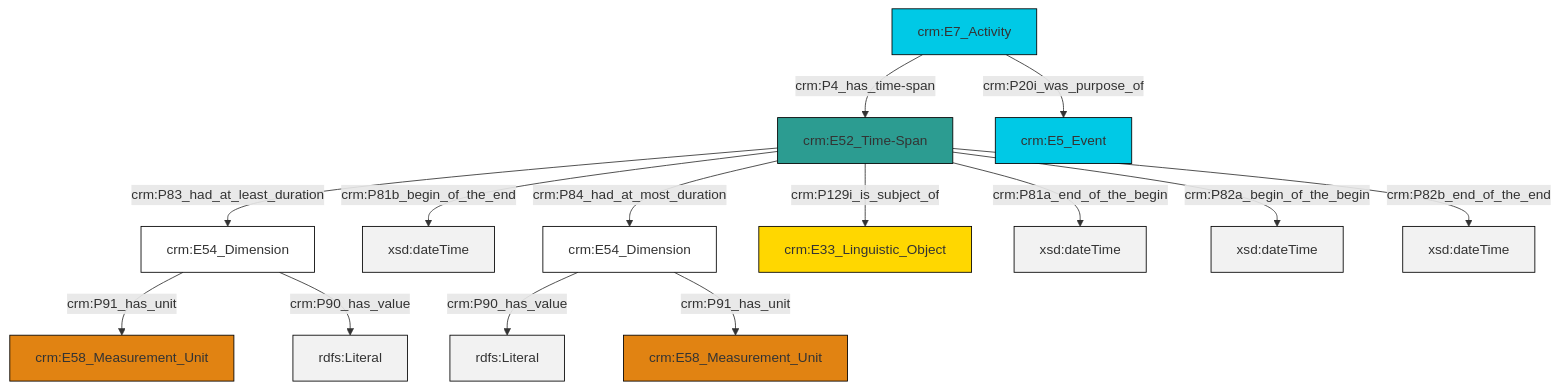
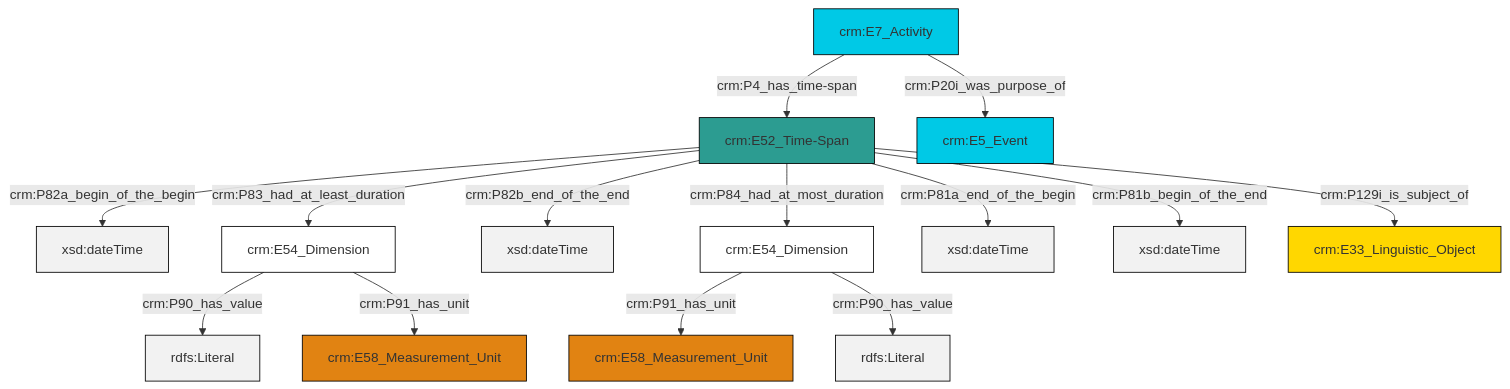
One commit to swiss-art-research-net/docs.swissartresearch changed the diagram in et/eventCSV/ttl/mmd/event_existence.ttl.mmd. Above: the diagram before and after it, drawn with Mermaid. The commit also changed 177 other files, not shown here.

```diff
--- a/et/eventCSV/ttl/mmd/event_existence.ttl.mmd
+++ b/et/eventCSV/ttl/mmd/event_existence.ttl.mmd
@@ -1,28 +1,28 @@
 graph TD
 classDef Literal fill:#f2f2f2,stroke:#000000;
 classDef CRM_Entity fill:#FFFFFF,stroke:#000000;
 classDef Temporal_Entity fill:#00C9E6, stroke:#000000;
 classDef Type fill:#E18312, stroke:#000000;
 classDef Time-Span fill:#2C9C91, stroke:#000000;
 classDef Appellation fill:#FFEB7F, stroke:#000000;
 classDef Place fill:#008836, stroke:#000000;
 classDef Persistent_Item fill:#B266B2, stroke:#000000;
 classDef Conceptual_Object fill:#FFD700, stroke:#000000;
 classDef Physical_Thing fill:#D2B48C, stroke:#000000;
 classDef Actor fill:#f58aad, stroke:#000000;
 classDef PC_Classes fill:#4ce600, stroke:#000000;
 classDef Multi fill:#cccccc,stroke:#000000;
 
-0["crm:E52_Time-Span"]:::Time-Span -->|crm:P83_had_at_least_duration| 1["crm:E54_Dimension"]:::CRM_Entity
-0["crm:E52_Time-Span"]:::Time-Span -->|crm:P81b_begin_of_the_end| 2[xsd:dateTime]:::Literal
-3["crm:E7_Activity"]:::Temporal_Entity -->|crm:P4_has_time-span| 0["crm:E52_Time-Span"]:::Time-Span
-4["crm:E54_Dimension"]:::CRM_Entity -->|crm:P90_has_value| 5[rdfs:Literal]:::Literal
-1["crm:E54_Dimension"]:::CRM_Entity -->|crm:P91_has_unit| 6["crm:E58_Measurement_Unit"]:::Type
-3["crm:E7_Activity"]:::Temporal_Entity -->|crm:P20i_was_purpose_of| 9["crm:E5_Event"]:::Temporal_Entity
-0["crm:E52_Time-Span"]:::Time-Span -->|crm:P84_had_at_most_duration| 4["crm:E54_Dimension"]:::CRM_Entity
-1["crm:E54_Dimension"]:::CRM_Entity -->|crm:P90_has_value| 12[rdfs:Literal]:::Literal
-4["crm:E54_Dimension"]:::CRM_Entity -->|crm:P91_has_unit| 13["crm:E58_Measurement_Unit"]:::Type
-0["crm:E52_Time-Span"]:::Time-Span -->|crm:P129i_is_subject_of| 15["crm:E33_Linguistic_Object"]:::Conceptual_Object
-0["crm:E52_Time-Span"]:::Time-Span -->|crm:P81a_end_of_the_begin| 17[xsd:dateTime]:::Literal
-0["crm:E52_Time-Span"]:::Time-Span -->|crm:P82a_begin_of_the_begin| 18[xsd:dateTime]:::Literal
-0["crm:E52_Time-Span"]:::Time-Span -->|crm:P82b_end_of_the_end| 20[xsd:dateTime]:::Literal
+0["crm:E52_Time-Span"]:::Time-Span -->|crm:P82a_begin_of_the_begin| 1[xsd:dateTime]:::Literal
+0["crm:E52_Time-Span"]:::Time-Span -->|crm:P83_had_at_least_duration| 2["crm:E54_Dimension"]:::CRM_Entity
+0["crm:E52_Time-Span"]:::Time-Span -->|crm:P82b_end_of_the_end| 5[xsd:dateTime]:::Literal
+6["crm:E54_Dimension"]:::CRM_Entity -->|crm:P91_has_unit| 7["crm:E58_Measurement_Unit"]:::Type
+2["crm:E54_Dimension"]:::CRM_Entity -->|crm:P90_has_value| 9[rdfs:Literal]:::Literal
+6["crm:E54_Dimension"]:::CRM_Entity -->|crm:P90_has_value| 11[rdfs:Literal]:::Literal
+12["crm:E7_Activity"]:::Temporal_Entity -->|crm:P4_has_time-span| 0["crm:E52_Time-Span"]:::Time-Span
+0["crm:E52_Time-Span"]:::Time-Span -->|crm:P81a_end_of_the_begin| 14[xsd:dateTime]:::Literal
+0["crm:E52_Time-Span"]:::Time-Span -->|crm:P81b_begin_of_the_end| 17[xsd:dateTime]:::Literal
+0["crm:E52_Time-Span"]:::Time-Span -->|crm:P129i_is_subject_of| 19["crm:E33_Linguistic_Object"]:::Conceptual_Object
+0["crm:E52_Time-Span"]:::Time-Span -->|crm:P84_had_at_most_duration| 6["crm:E54_Dimension"]:::CRM_Entity
+12["crm:E7_Activity"]:::Temporal_Entity -->|crm:P20i_was_purpose_of| 15["crm:E5_Event"]:::Temporal_Entity
+2["crm:E54_Dimension"]:::CRM_Entity -->|crm:P91_has_unit| 3["crm:E58_Measurement_Unit"]:::Type
```
